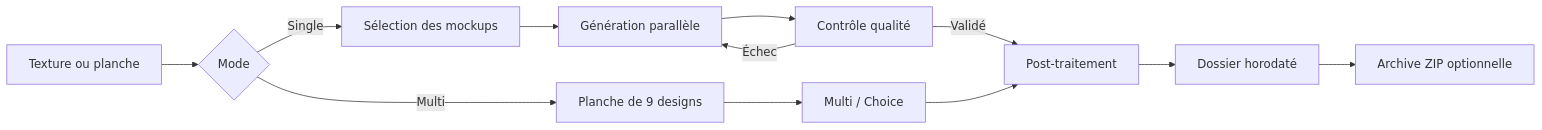
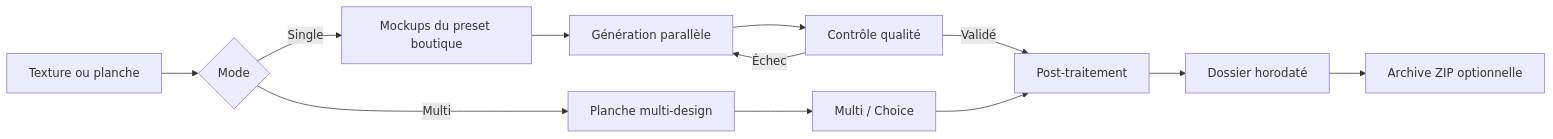
One commit to Zibgame/Mockify changed the diagram in README.md. Above: the diagram before and after it, drawn with Mermaid. The commit also changed other lines of this file and 2 other files, not shown here.

````diff
--- a/README.md
+++ b/README.md
@@ -40,14 +43,14 @@
 ```mermaid
 flowchart LR
     A[Texture ou planche] --> B{Mode}
-    B -->|Single| C[Sélection des mockups]
-    B -->|Multi| D[Planche de 9 designs]
+    B -->|Single| C[Mockups du preset boutique]
+    B -->|Multi| D[Planche multi-design]
     C --> E[Génération parallèle]
     D --> F[Multi / Choice]
     E --> G[Contrôle qualité]
     G -->|Échec| E
     G -->|Validé| H[Post-traitement]
     F --> H
     H --> I[Dossier horodaté]
     I --> J[Archive ZIP optionnelle]
 ```
````
